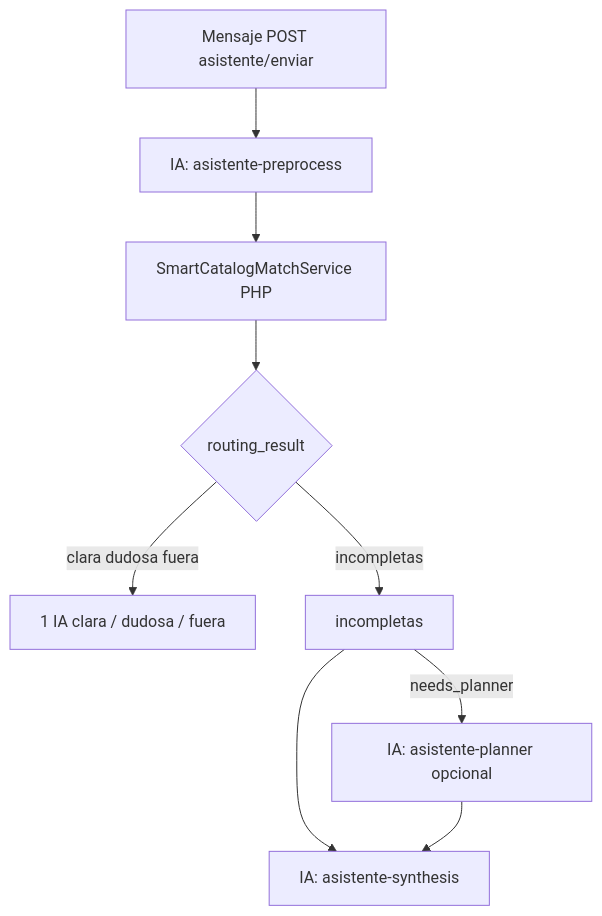
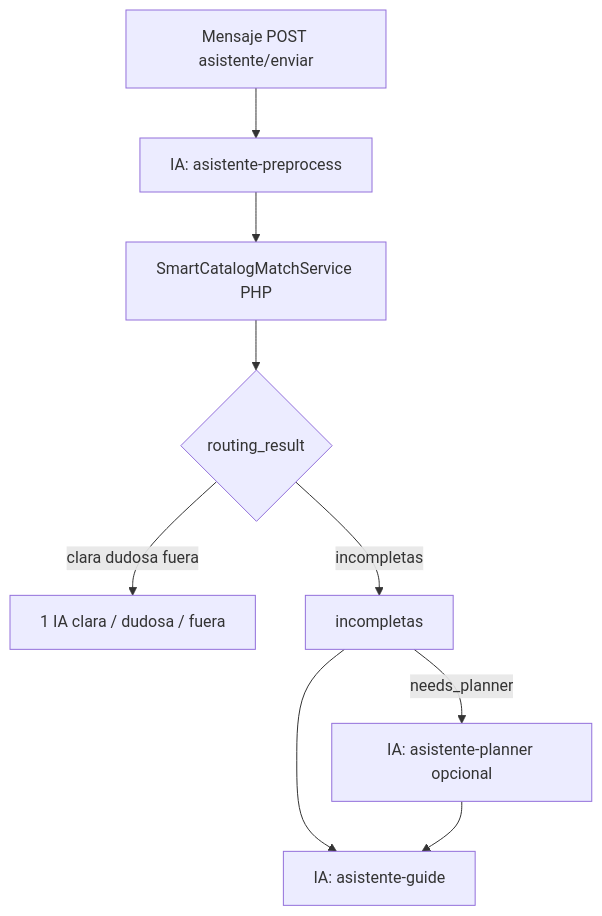
The first of 2 diagrams in web/docs/costos/estrategias-reduccion/matriz-casos-uso.md (luischanferoni/bioenlace), drawn with Mermaid before and after one commit. The commit also changed other lines of this file and 35 other files, not shown here.

````diff
--- a/web/docs/costos/estrategias-reduccion/matriz-casos-uso.md
+++ b/web/docs/costos/estrategias-reduccion/matriz-casos-uso.md
@@ -26,15 +26,15 @@
 ```mermaid
 flowchart TB
   M[Mensaje POST asistente/enviar]
   P[IA: asistente-preprocess]
   MCH[SmartCatalogMatchService PHP]
   H{routing_result}
   D[1 IA clara / dudosa / fuera]
   INC[incompletas]
-  SYN[IA: asistente-synthesis]
+  G[IA: asistente-guide]
   PLN[IA: asistente-planner opcional]
   M --> P --> MCH --> H
   H -->|clara dudosa fuera| D
-  H -->|incompletas| INC --> SYN
-  INC -->|needs_planner| PLN --> SYN
+  H -->|incompletas| INC --> G
+  INC -->|needs_planner| PLN --> G
 ```
````
